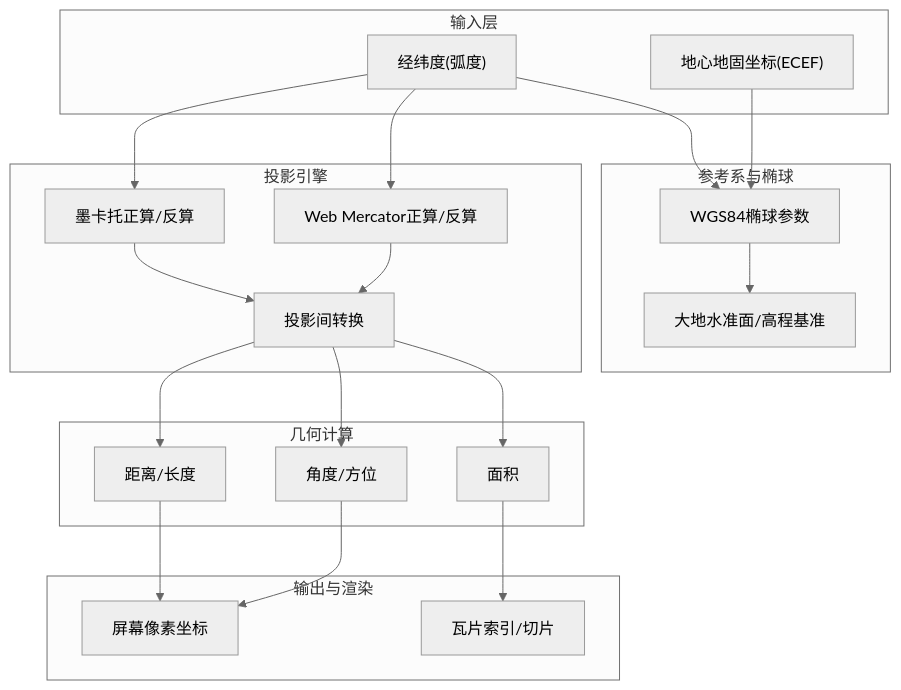
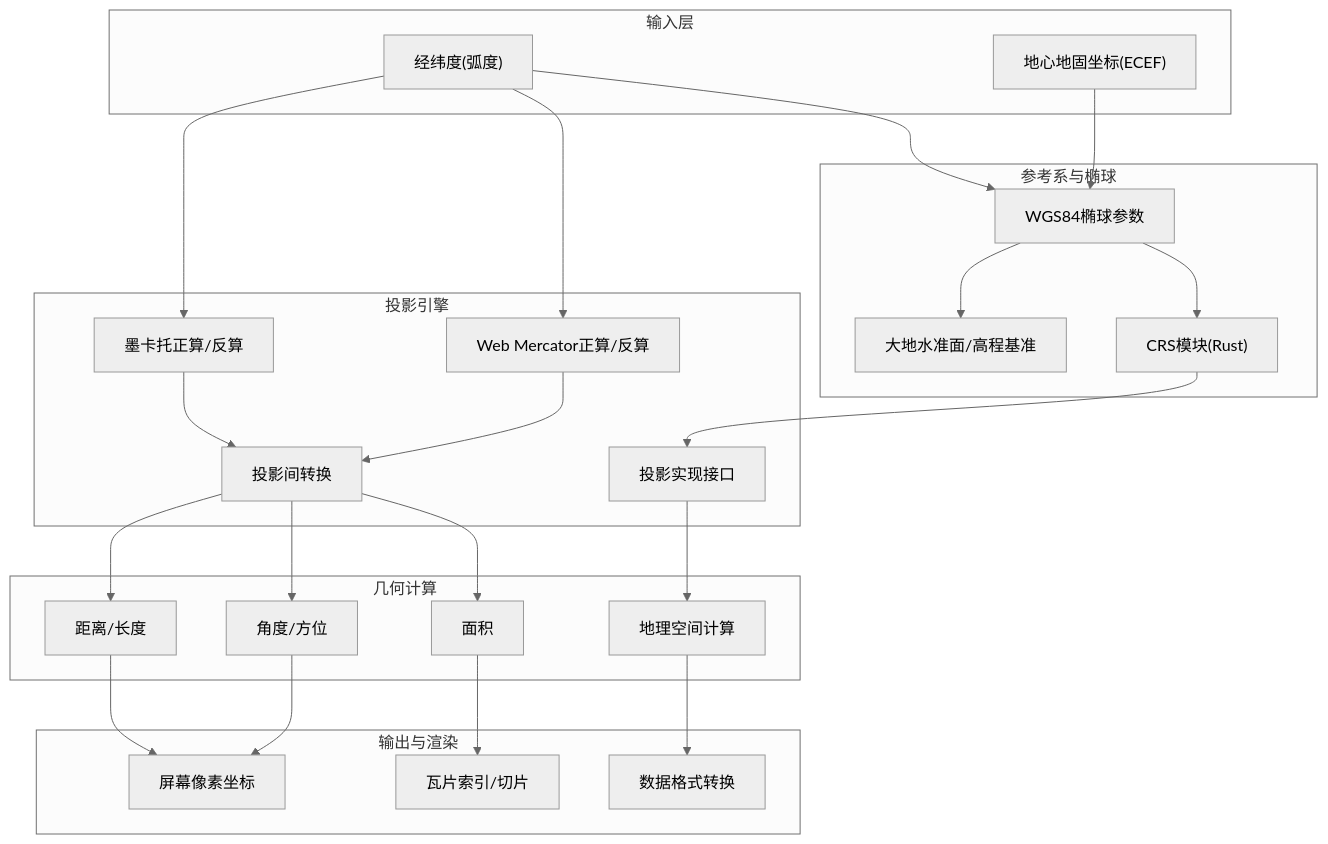
Before and after one commit to rzhangjing/cesium: the second of 7 diagrams in .qoder/repowiki/zh/content/项目概述/核心特性/地理空间数据处理/投影变换.md, drawn with Mermaid (neutral theme). The commit also changed other lines of this file and 74 other files, not shown here.

````diff
--- a/.qoder/repowiki/zh/content/项目概述/核心特性/地理空间数据处理/投影变换.md
+++ b/.qoder/repowiki/zh/content/项目概述/核心特性/地理空间数据处理/投影变换.md
@@ -66,38 +91,46 @@
 ```mermaid
 graph TB
 subgraph "输入层"
 LLA["经纬度(弧度)"]
 XYZ["地心地固坐标(ECEF)"]
 end
 subgraph "参考系与椭球"
 WGS84["WGS84椭球参数"]
 GEOID["大地水准面/高程基准"]
+CRS["CRS模块(Rust)"]
 end
 subgraph "投影引擎"
 MERC["墨卡托正算/反算"]
 WEBMERC["Web Mercator正算/反算"]
 TRANS["投影间转换"]
+PROJ_IMPL["投影实现接口"]
 end
 subgraph "几何计算"
 DIST["距离/长度"]
 AREA["面积"]
 ANGLE["角度/方位"]
+GEOSPATIAL["地理空间计算"]
 end
 subgraph "输出与渲染"
 SCREEN["屏幕像素坐标"]
 TILE["瓦片索引/切片"]
+DATA_FORMAT["数据格式转换"]
 end
 LLA --> WGS84
 XYZ --> WGS84
 WGS84 --> GEOID
+WGS84 --> CRS
 LLA --> MERC
 LLA --> WEBMERC
 MERC --> TRANS
 WEBMERC --> TRANS
 TRANS --> DIST
 TRANS --> AREA
 TRANS --> ANGLE
 DIST --> SCREEN
 AREA --> TILE
 ANGLE --> SCREEN
+CRS --> PROJ_IMPL
+PROJ_IMPL --> GEOSPATIAL
+GEOSPATIAL --> DATA_FORMAT
 ```
````
